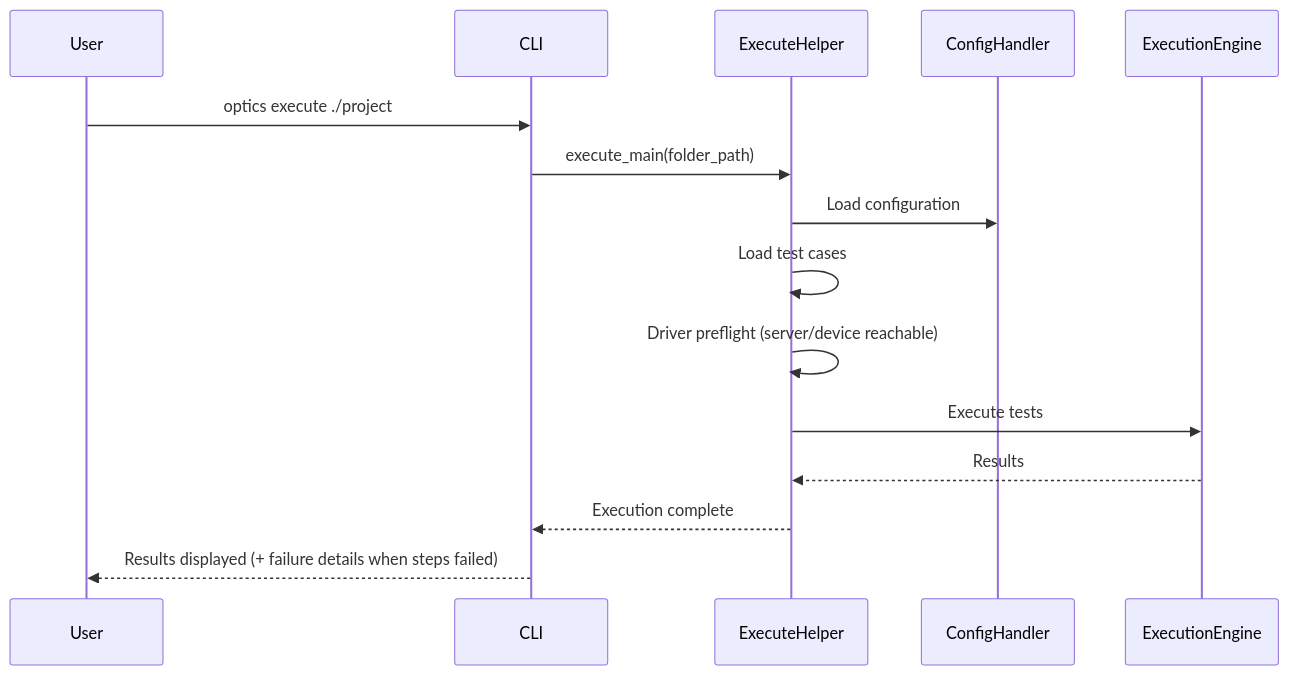
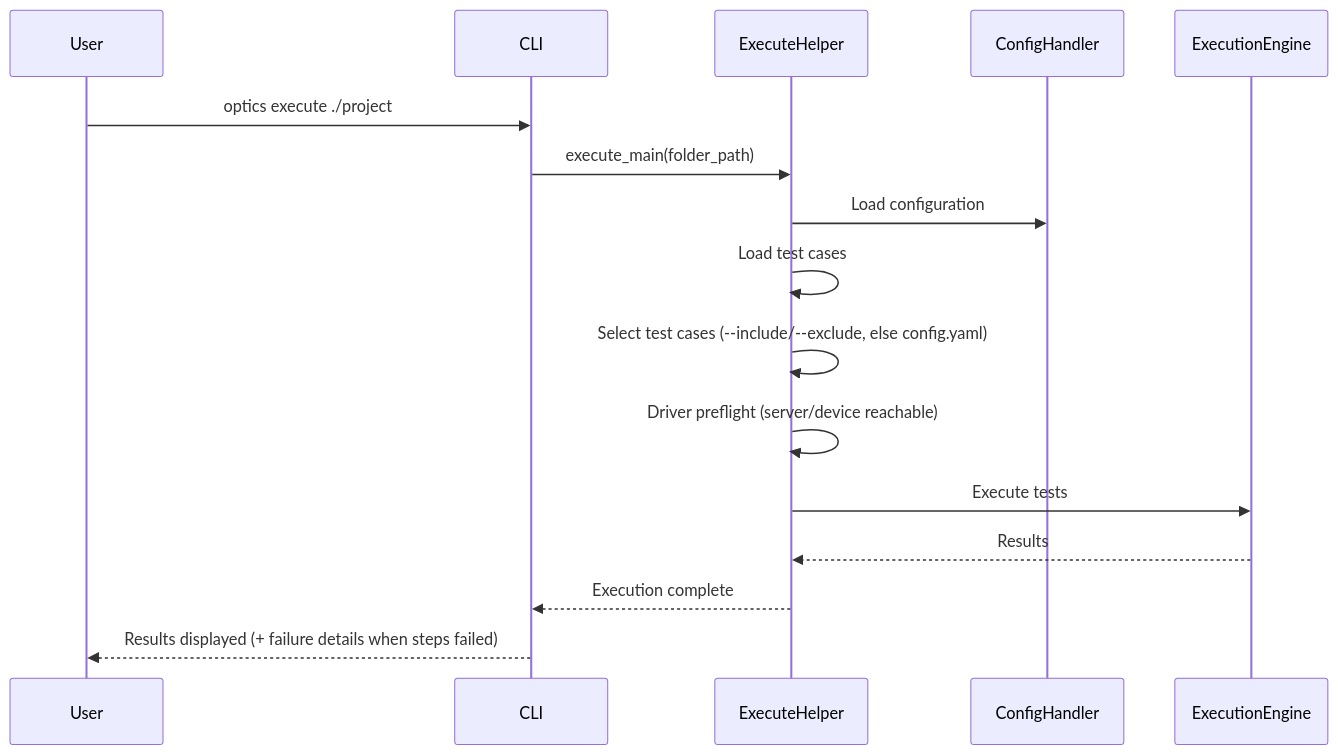
One commit to mozarkai/optics-framework changed the third of 4 diagrams in docs/architecture/cli_layer.md. Above: the diagram before and after it, drawn with Mermaid. The commit also changed other lines of this file and 2 other files, not shown here.

Commit message:
docs: document --include/--exclude for execute and dry_run

````diff
--- a/docs/architecture/cli_layer.md
+++ b/docs/architecture/cli_layer.md
@@ -110,18 +111,19 @@
 ```mermaid
 sequenceDiagram
     participant User
     participant CLI
     participant ExecuteHelper
     participant ConfigHandler
     participant ExecutionEngine
 
     User->>CLI: optics execute ./project
     CLI->>ExecuteHelper: execute_main(folder_path)
     ExecuteHelper->>ConfigHandler: Load configuration
     ExecuteHelper->>ExecuteHelper: Load test cases
+    ExecuteHelper->>ExecuteHelper: Select test cases (--include/--exclude, else config.yaml)
     ExecuteHelper->>ExecuteHelper: Driver preflight (server/device reachable)
     ExecuteHelper->>ExecutionEngine: Execute tests
     ExecutionEngine-->>ExecuteHelper: Results
     ExecuteHelper-->>CLI: Execution complete
     CLI-->>User: Results displayed (+ failure details when steps failed)
 ```
````
